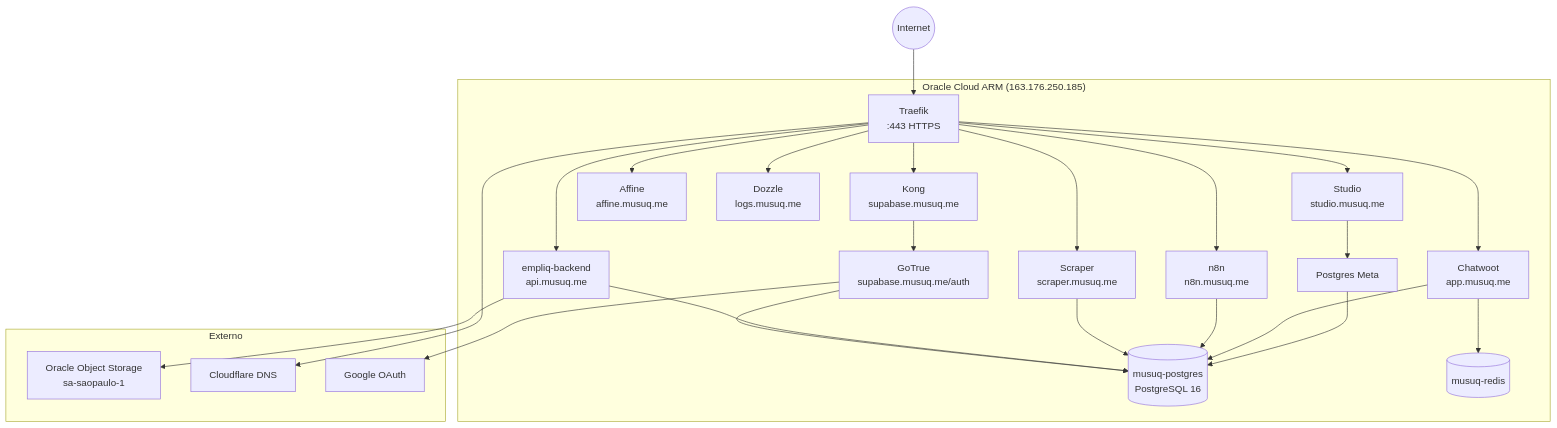
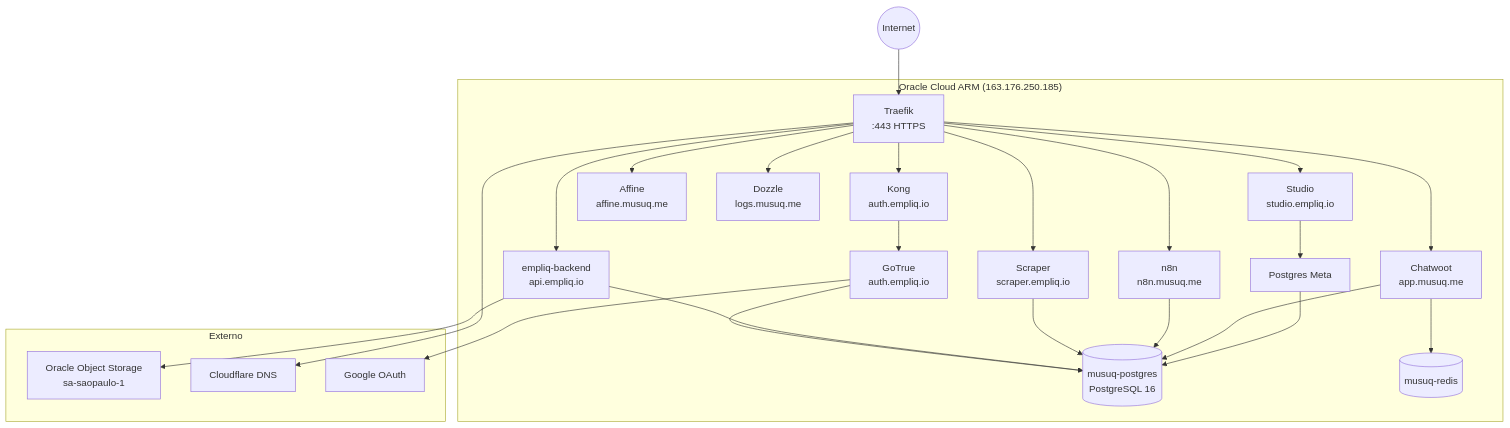
Before and after one commit to Mingbling1/CareerWiki: the second of 6 diagrams in docs/ARCHITECTURE.md, drawn with Mermaid. The commit also changed other lines of this file and 25 other files, not shown here.

First line of the commit message:
docs: migrate URLs from musuq.me to empliq.io

````diff
--- a/docs/ARCHITECTURE.md
+++ b/docs/ARCHITECTURE.md
@@ -67,47 +67,47 @@
 ```mermaid
 graph TB
     subgraph "Oracle Cloud ARM (163.176.250.185)"
         TRAEFIK[Traefik<br/>:443 HTTPS]
         PG[(musuq-postgres<br/>PostgreSQL 16)]
         REDIS[(musuq-redis)]
-        BACKEND[empliq-backend<br/>api.musuq.me]
-        AUTH[GoTrue<br/>supabase.musuq.me/auth]
-        KONG[Kong<br/>supabase.musuq.me]
+        BACKEND[empliq-backend<br/>api.empliq.io]
+        AUTH[GoTrue<br/>auth.empliq.io]
+        KONG[Kong<br/>auth.empliq.io]
         META[Postgres Meta]
-        STUDIO_P[Studio<br/>studio.musuq.me]
-        SCRAPER[Scraper<br/>scraper.musuq.me]
+        STUDIO_P[Studio<br/>studio.empliq.io]
+        SCRAPER[Scraper<br/>scraper.empliq.io]
         N8N_P[n8n<br/>n8n.musuq.me]
         CW[Chatwoot<br/>app.musuq.me]
         AF[Affine<br/>affine.musuq.me]
         DOZ[Dozzle<br/>logs.musuq.me]
     end
 
     INET((Internet)) --> TRAEFIK
     TRAEFIK --> BACKEND
     TRAEFIK --> KONG
     TRAEFIK --> STUDIO_P
     TRAEFIK --> SCRAPER
     TRAEFIK --> N8N_P
     TRAEFIK --> CW
     TRAEFIK --> AF
     TRAEFIK --> DOZ
     KONG --> AUTH
     AUTH --> PG
     BACKEND --> PG
     SCRAPER --> PG
     N8N_P --> PG
     CW --> PG
     CW --> REDIS
     META --> PG
     STUDIO_P --> META
 
     subgraph "Externo"
         OCI[Oracle Object Storage<br/>sa-saopaulo-1]
         CF[Cloudflare DNS]
         GOOGLE[Google OAuth]
     end
 
     BACKEND --> OCI
     TRAEFIK --> CF
     AUTH --> GOOGLE
 ```
````
